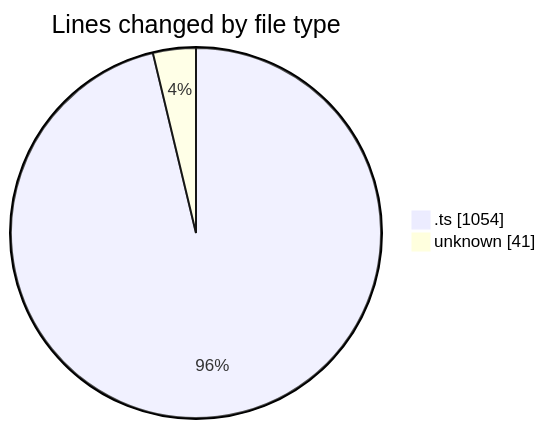
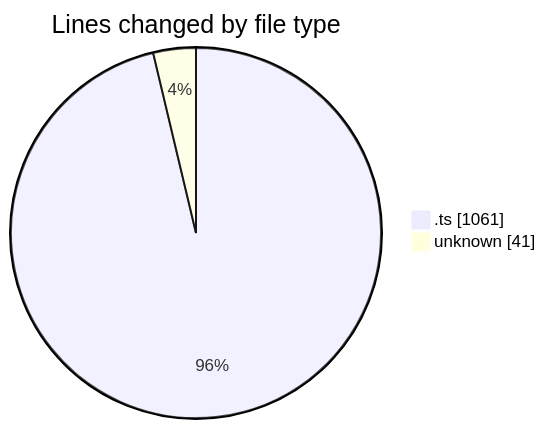
One commit to momahboobian/code-tracking changed the first of 2 diagrams in 2025-08-11/cda/README.md. Above: the diagram before and after it, drawn with Mermaid. The commit also changed other lines of this file and 1 other file, not shown here.

````diff
--- a/2025-08-11/cda/README.md
+++ b/2025-08-11/cda/README.md
@@ -23,6 +23,6 @@
 ```mermaid
 pie showData
 title Lines changed by file type
-".ts" : 1054
+".ts" : 1061
 "unknown" : 41
 ```
````
